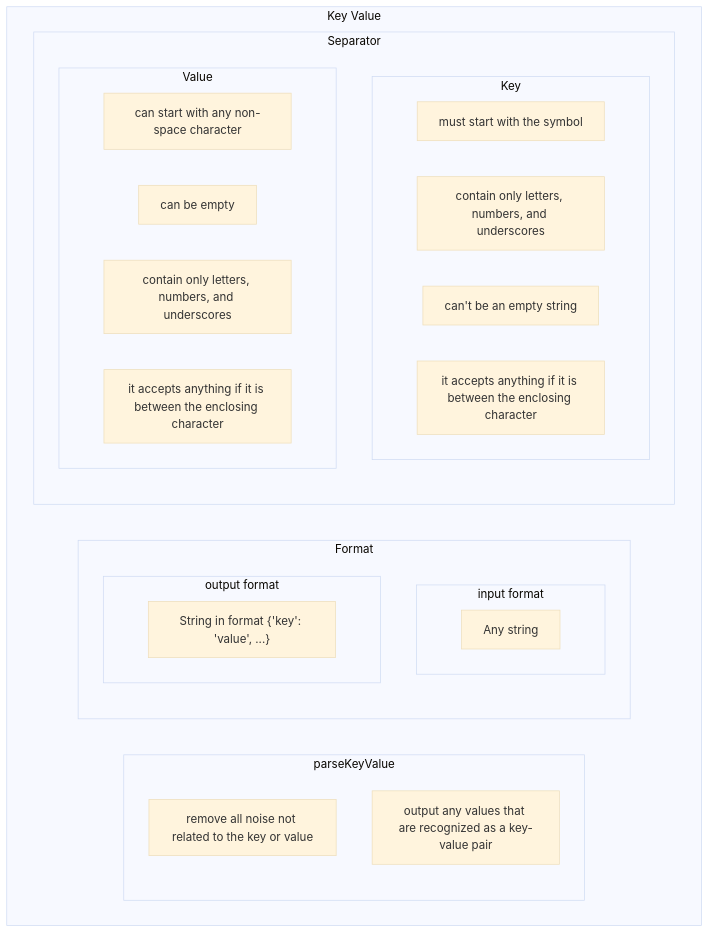
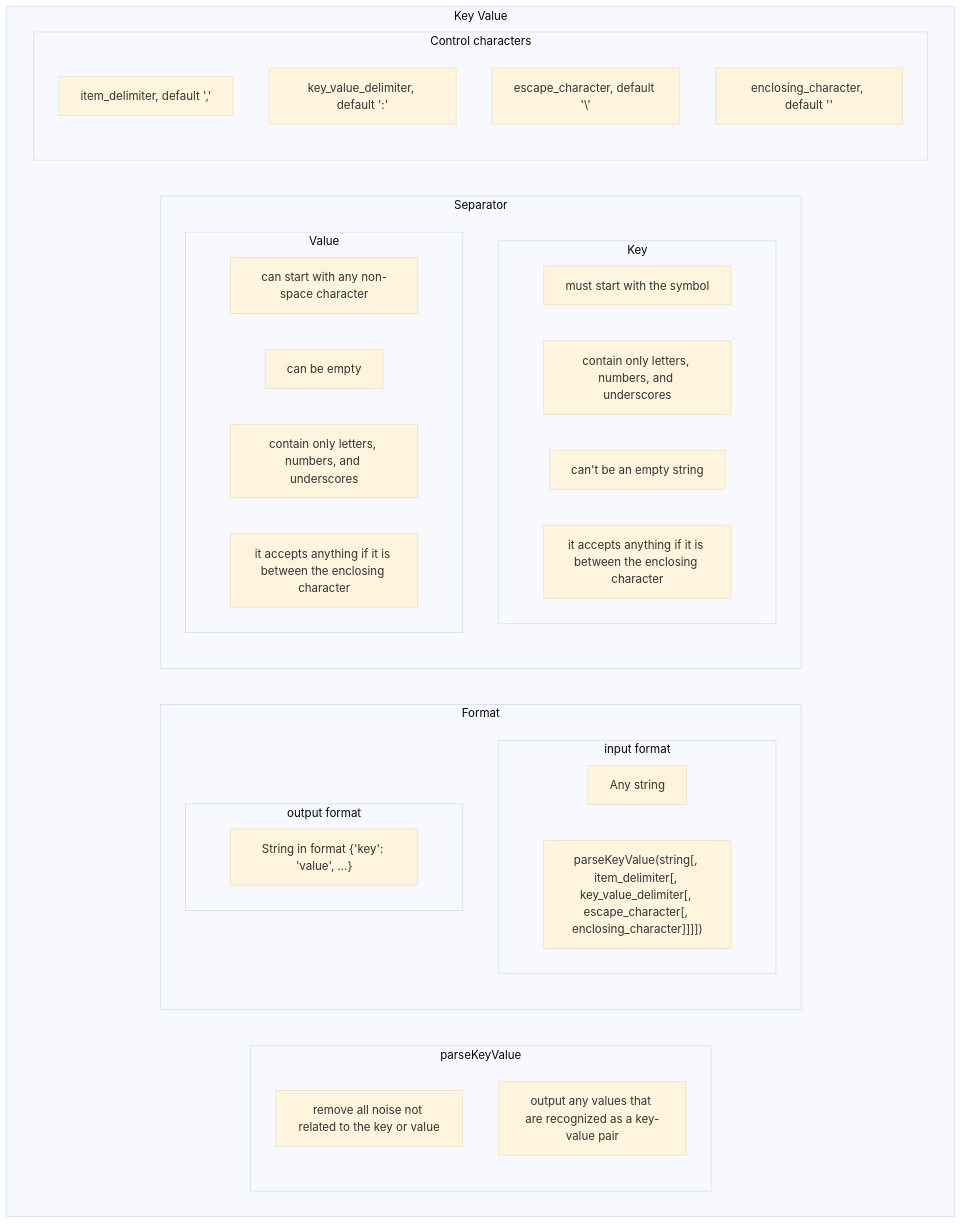
One commit to Altinity/clickhouse-regression changed the diagram in key_value/requirements/requirements.md. Above: the diagram before and after it, drawn with Mermaid (base theme). The commit also changed other lines of this file and 1 other file, not shown here.

````diff
--- a/key_value/requirements/requirements.md
+++ b/key_value/requirements/requirements.md
@@ -31,38 +43,46 @@
 ```mermaid
 flowchart LR
   subgraph Key Value
     direction LR
     subgraph A[parseKeyValue]
         A1[remove all noise not related to the key or value]
         A2[output any values that are recognized as a key-value pair]
     end
     subgraph E[Format]
         direction TB
         subgraph E1[input format]
             direction LR
             E11[Any string]
+            E12["parseKeyValue(string[, item_delimiter[, key_value_delimiter[, escape_character[, enclosing_character]]]])"]
         end
         subgraph E2[output format]
             direction LR 
             E21["String in format {'key': 'value', ...}"]
         end
     end  
     subgraph Z[Separator]
         direction TB
         subgraph Z1[Key]
             direction LR
             Z11[must start with the symbol]
             Z12[contain only letters, numbers, and underscores]
             Z13[can't be an empty string]
             Z14[it accepts anything if it is between the enclosing character]
         end
         subgraph Z2[Value]
             direction LR
             Z21[can start with any non-space character]
             Z22[can be empty]
             Z23[contain only letters, numbers, and underscores]
             Z24[it accepts anything if it is between the enclosing character]
         end
     end
+    subgraph Q[Сontrol сharacters]
+        direction TB
+        Q1[item_delimiter, default ',']
+        Q2[key_value_delimiter, default ':']
+        Q3[escape_character, default '\']
+        Q4[enclosing_character, default '']
+    end
   end
 ```
````
